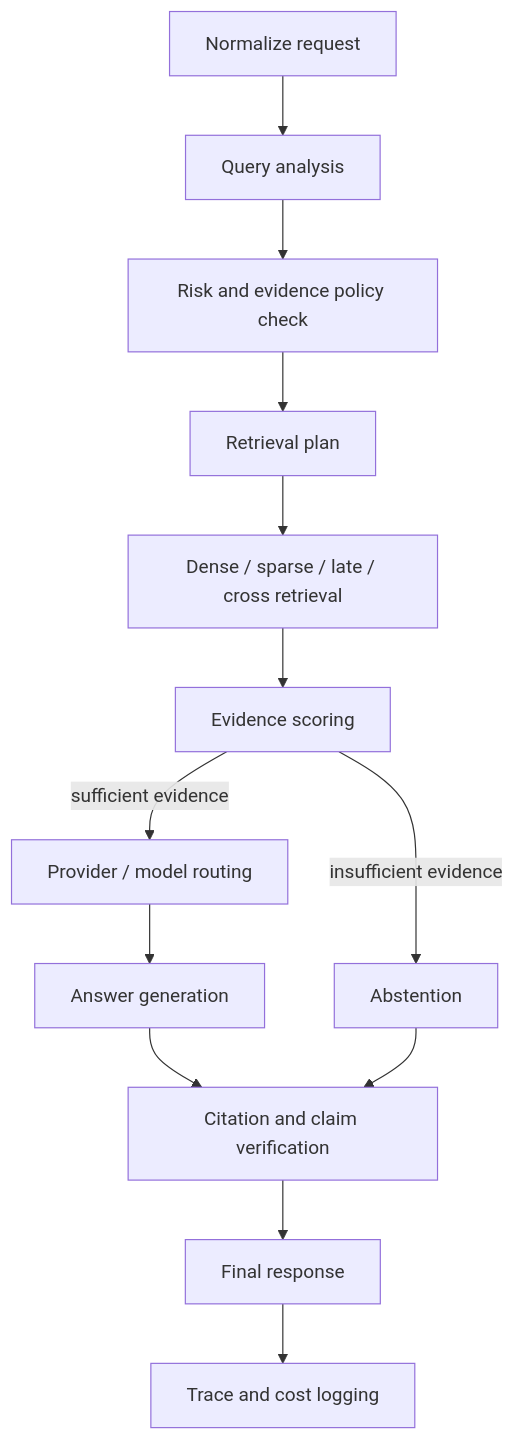
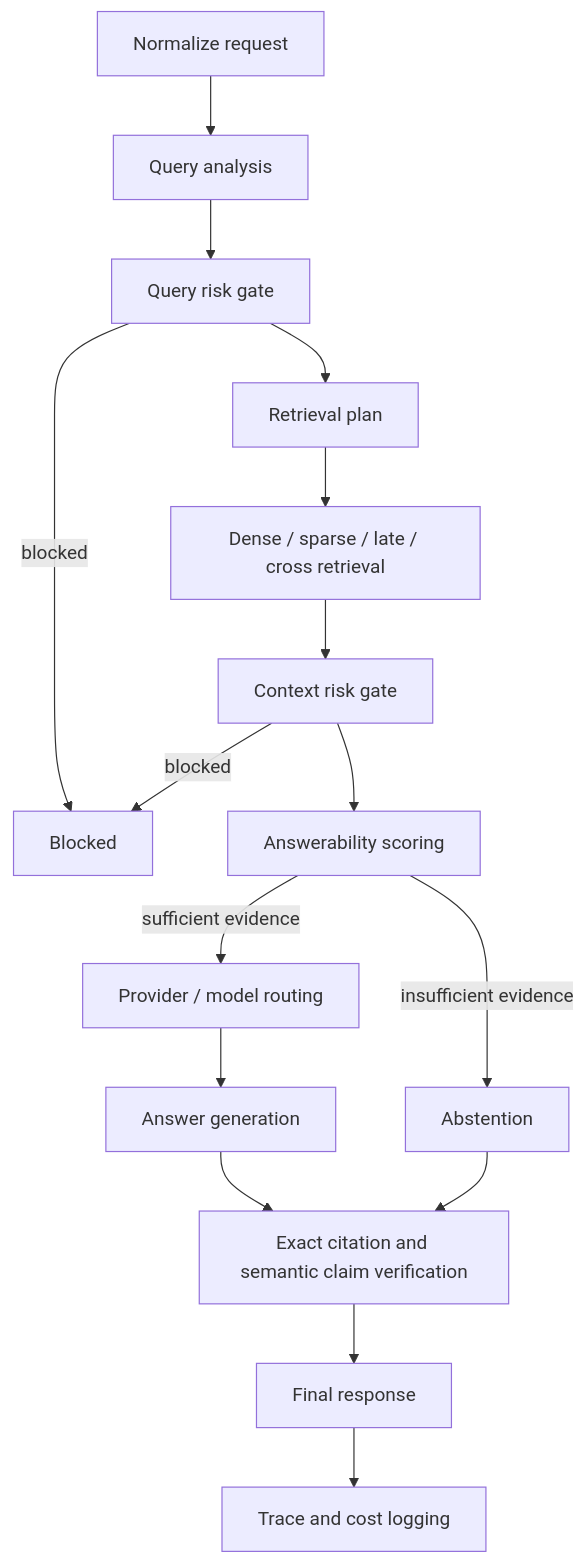
One commit to akbar-yusupov/ContextGate changed the diagram in docs/architecture.md. Above: the diagram before and after it, drawn with Mermaid. The commit also changed other lines of this file and 24 other files, not shown here.

````diff
--- a/docs/architecture.md
+++ b/docs/architecture.md
@@ -64,15 +64,18 @@
 ```mermaid
 flowchart TD
     A["Normalize request"] --> B["Query analysis"]
-    B --> C["Risk and evidence policy check"]
+    B --> C["Query risk gate"]
+    C -->|blocked| M["Blocked"]
     C --> D["Retrieval plan"]
     D --> E["Dense / sparse / late / cross retrieval"]
-    E --> F["Evidence scoring"]
+    E --> N["Context risk gate"]
+    N -->|blocked| M
+    N --> F["Answerability scoring"]
     F -->|sufficient evidence| G["Provider / model routing"]
     F -->|insufficient evidence| H["Abstention"]
     G --> I["Answer generation"]
-    I --> J["Citation and claim verification"]
+    I --> J["Exact citation and semantic claim verification"]
     H --> J
     J --> K["Final response"]
     K --> L["Trace and cost logging"]
 ```
````
